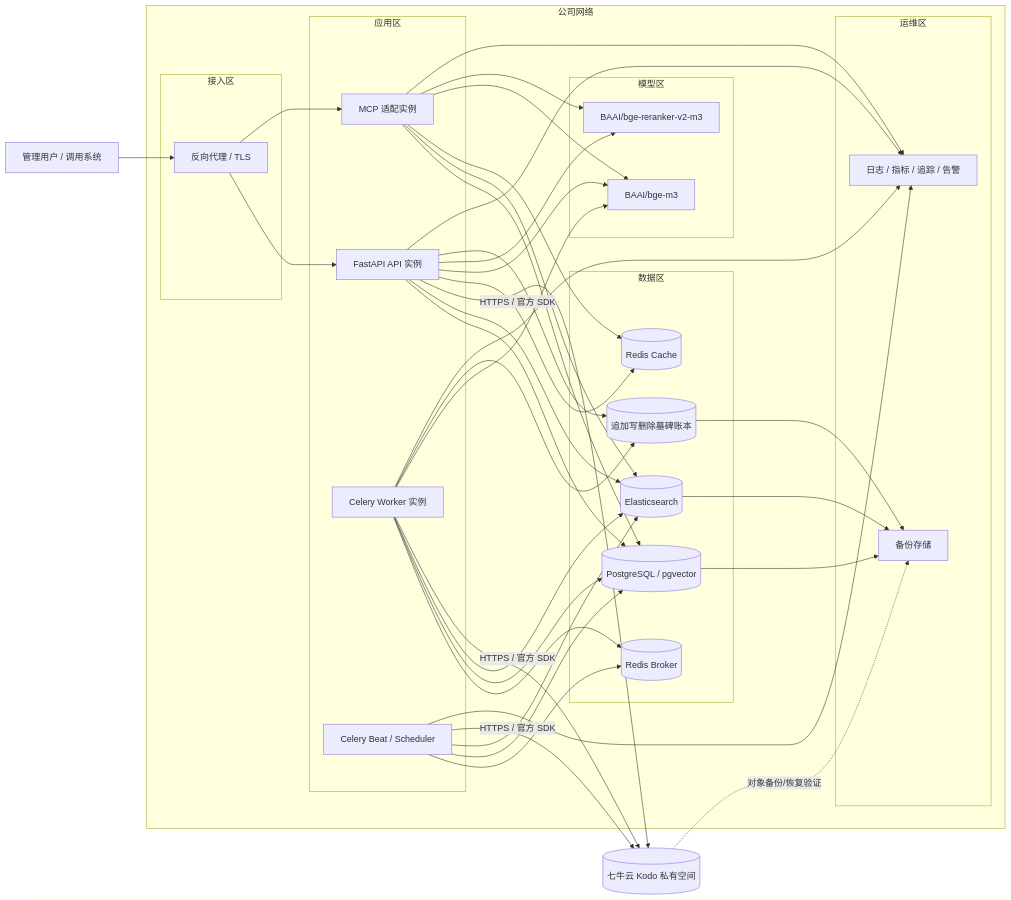
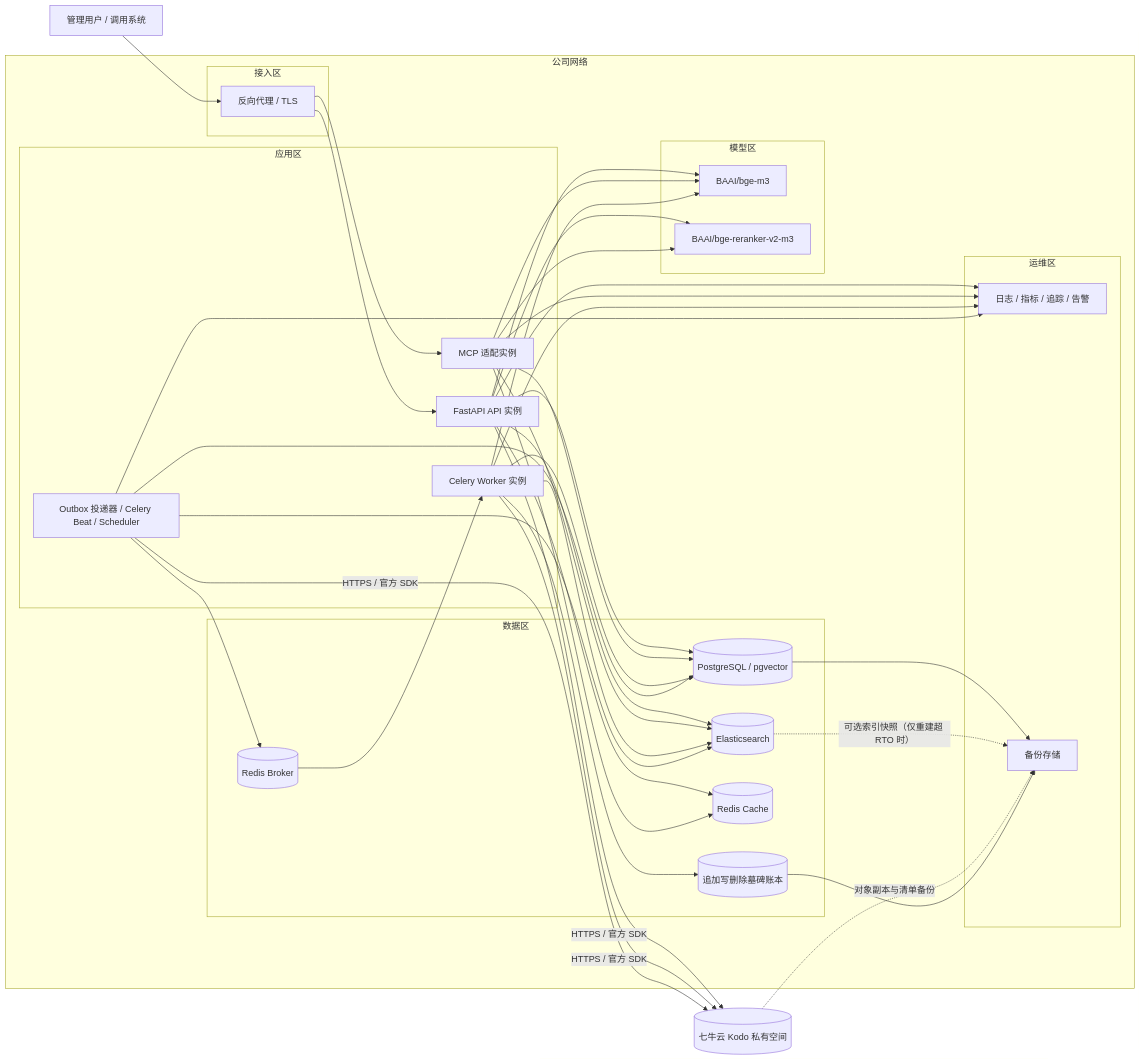
Before and after one commit to nocodig/rag_base: the second of 9 diagrams in doc/03-RAG知识库平台系统设计说明书.md, drawn with Mermaid. The commit also changed other lines of this file and 5 other files, not shown here.

```diff
--- a/doc/03-RAG知识库平台系统设计说明书.md
+++ b/doc/03-RAG知识库平台系统设计说明书.md
@@ -238,68 +251,67 @@
 ~~~mermaid
 flowchart LR
     Qiniu[(七牛云 Kodo 私有空间)]
     subgraph Corp[公司网络]
         subgraph AccessZone[接入区]
             RP[反向代理 / TLS]
         end
 
         subgraph AppZone[应用区]
             API[FastAPI API 实例]
             MCPD[MCP 适配实例]
             W[Celery Worker 实例]
-            S[Celery Beat / Scheduler]
+            S[Outbox 投递器 / Celery Beat / Scheduler]
         end
 
         subgraph DataZone[数据区]
             PG[(PostgreSQL / pgvector)]
             ES[(Elasticsearch)]
             MQ[(Redis Broker)]
             C[(Redis Cache)]
             DL[(追加写删除墓碑账本)]
         end
 
         subgraph ModelZone[模型区]
             E[BAAI/bge-m3]
             R[BAAI/bge-reranker-v2-m3]
         end
 
         subgraph OpsZone[运维区]
             O[日志 / 指标 / 追踪 / 告警]
             B[备份存储]
         end
     end
 
     User[管理用户 / 调用系统] --> RP
     RP --> API
     RP --> MCPD
     API --> PG
     API --> ES
     API -->|HTTPS / 官方 SDK| Qiniu
     API --> C
     API --> E
     API --> R
     MCPD --> PG
     MCPD --> ES
     MCPD --> C
     MCPD --> E
     MCPD --> R
-    W --> MQ
+    MQ --> W
     W --> PG
     W --> ES
     W -->|HTTPS / 官方 SDK| Qiniu
     W --> E
     S --> MQ
     S --> PG
     S --> ES
     S -->|HTTPS / 官方 SDK| Qiniu
-    API --> DL
     W --> DL
     API --> O
     MCPD --> O
     W --> O
     S --> O
     PG --> B
-    ES --> B
-    Qiniu -.对象备份/恢复验证.-> B
+    ES -.可选索引快照（仅重建超 RTO 时）.-> B
+    Qiniu -.对象副本与清单备份.-> B
     DL --> B
 ~~~
```
